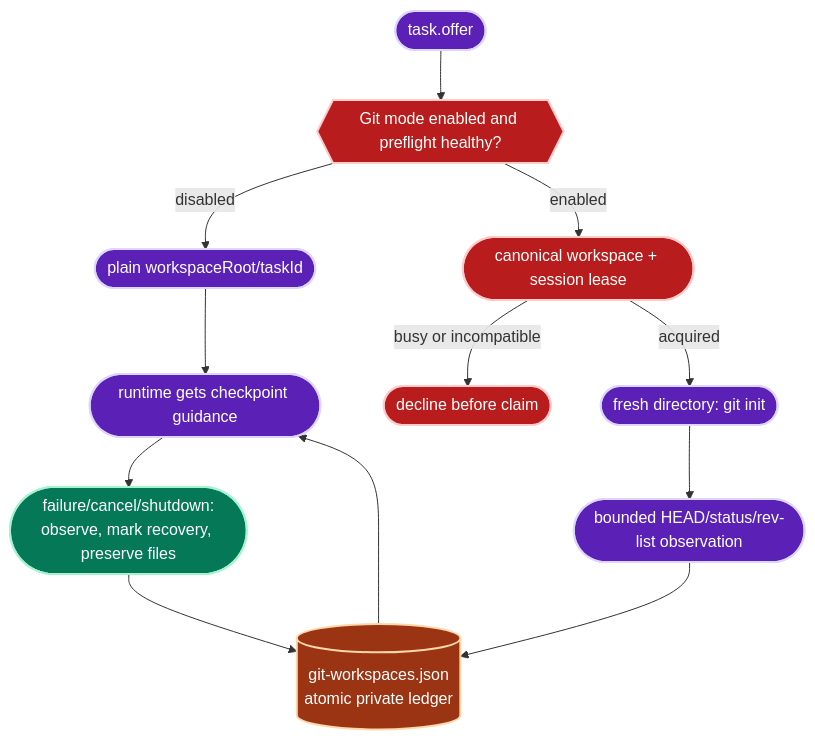
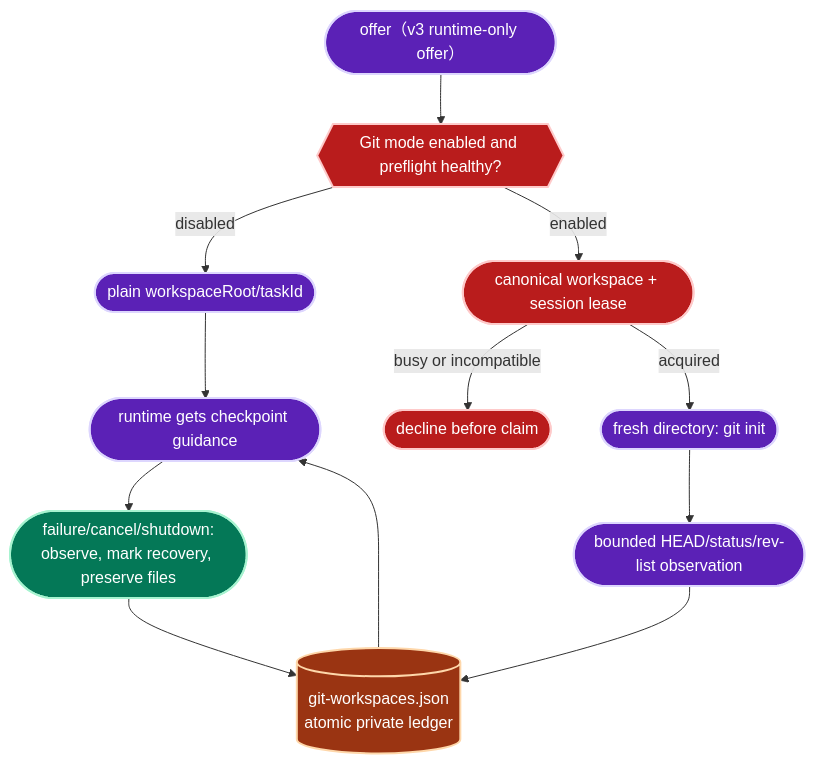
One commit to Ancienttwo/byok-sdk changed the eighth of 22 diagrams in docs/architecture/sdk-architecture.md. Above: the diagram before and after it, drawn with Mermaid. The commit also changed other lines of this file and 10 other files, not shown here.

````diff
--- a/docs/architecture/sdk-architecture.md
+++ b/docs/architecture/sdk-architecture.md
@@ -712,24 +716,24 @@
 ```mermaid
 flowchart TB
   classDef stage fill:#5b21b6,stroke:#ddd6fe,stroke-width:2px,color:#fff
   classDef store fill:#9a3412,stroke:#fed7aa,stroke-width:2px,color:#fff
   classDef gate fill:#b91c1c,stroke:#fecaca,stroke-width:2px,color:#fff
   classDef done fill:#047857,stroke:#a7f3d0,stroke-width:2px,color:#fff
 
-  Offer(["task.offer"]):::stage
+  Offer(["offer（v3 runtime-only offer）"]):::stage
   Preflight{{"Git mode enabled and preflight healthy?"}}:::gate
   Plain(["plain workspaceRoot/taskId"]):::stage
   Lease(["canonical workspace + session lease"]):::gate
   Init(["fresh directory: git init"]):::stage
   Observe(["bounded HEAD/status/rev-list observation"]):::stage
   Ledger[("git-workspaces.json<br/>atomic private ledger")]:::store
   Run(["runtime gets checkpoint guidance"]):::stage
   Preserve(["failure/cancel/shutdown:<br/>observe, mark recovery, preserve files"]):::done
 
   Offer --> Preflight
   Preflight -->|"disabled"| Plain --> Run
   Preflight -->|"enabled"| Lease
   Lease -->|"busy or incompatible"| Reject(["decline before claim"]):::gate
   Lease -->|"acquired"| Init --> Observe --> Ledger --> Run
   Run --> Preserve --> Ledger
 ```
````
